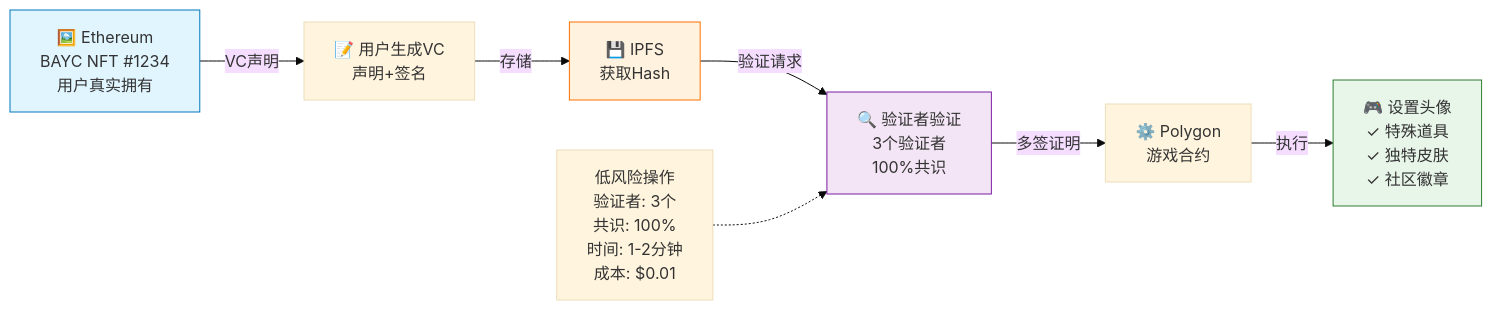
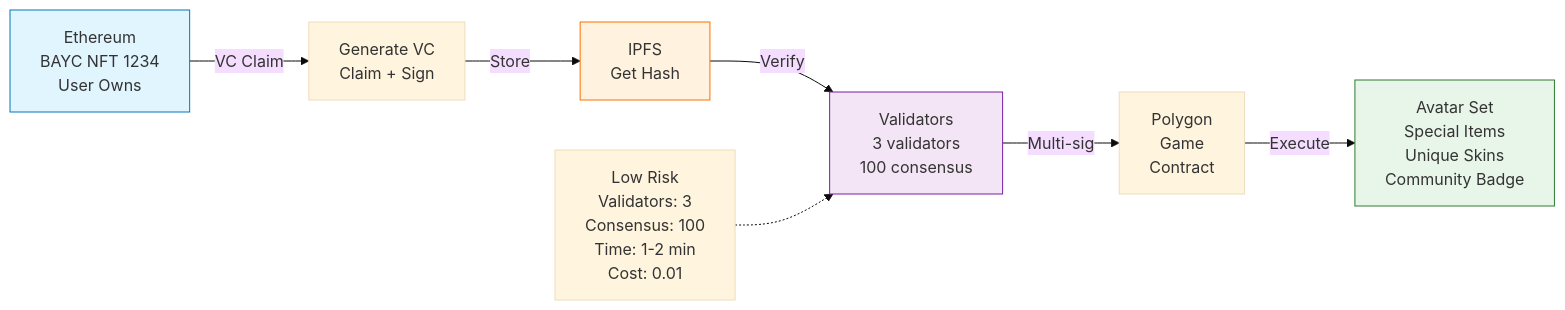
One commit to JCCDex/jcc_document changed the seventh of 17 diagrams in src/jcc_blog/pic.md. Above: the diagram before and after it, drawn with Mermaid (base theme). The commit also changed other lines of this file, not shown here.

First line of the commit message:
Fix Mermaid 8.9.2 compatibility issues

````diff
--- a/src/jcc_blog/pic.md
+++ b/src/jcc_blog/pic.md
@@ -286,15 +286,15 @@
 ```mermaid
 graph LR
-    A["🖼️ Ethereum<br/>BAYC NFT #1234<br/>用户真实拥有"] -->|VC声明| B["📝 用户生成VC<br/>声明+签名"]
-    B -->|存储| C["💾 IPFS<br/>获取Hash"]
-    C -->|验证请求| D["🔍 验证者验证<br/>3个验证者<br/>100%共识"]
-    D -->|多签证明| E["⚙️ Polygon<br/>游戏合约"]
-    E -->|执行| F["🎮 设置头像<br/>✓ 特殊道具<br/>✓ 独特皮肤<br/>✓ 社区徽章"]
+    A["Ethereum<br/>BAYC NFT 1234<br/>User Owns"] -->|VC Claim| B["Generate VC<br/>Claim + Sign"]
+    B -->|Store| C["IPFS<br/>Get Hash"]
+    C -->|Verify| D["Validators<br/>3 validators<br/>100 consensus"]
+    D -->|Multi-sig| E["Polygon<br/>Game<br/>Contract"]
+    E -->|Execute| F["Avatar Set<br/>Special Items<br/>Unique Skins<br/>Community Badge"]
     
-    D1["低风险操作<br/>验证者: 3个<br/>共识: 100%<br/>时间: 1-2分钟<br/>成本: $0.01"] -.->D
+    D1["Low Risk<br/>Validators: 3<br/>Consensus: 100<br/>Time: 1-2 min<br/>Cost: 0.01"] -.->D
     
     style A fill:#e1f5ff,stroke:#0277bd
     style C fill:#fff3e0,stroke:#ff6f00
     style D fill:#f3e5f5,stroke:#7b1fa2
     style F fill:#e8f5e9,stroke:#2e7d32
 ```
````
